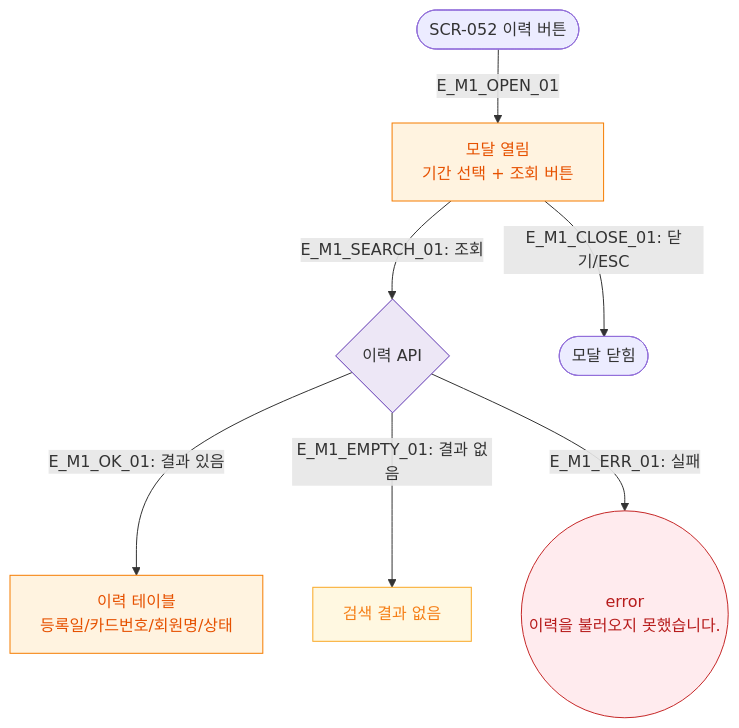
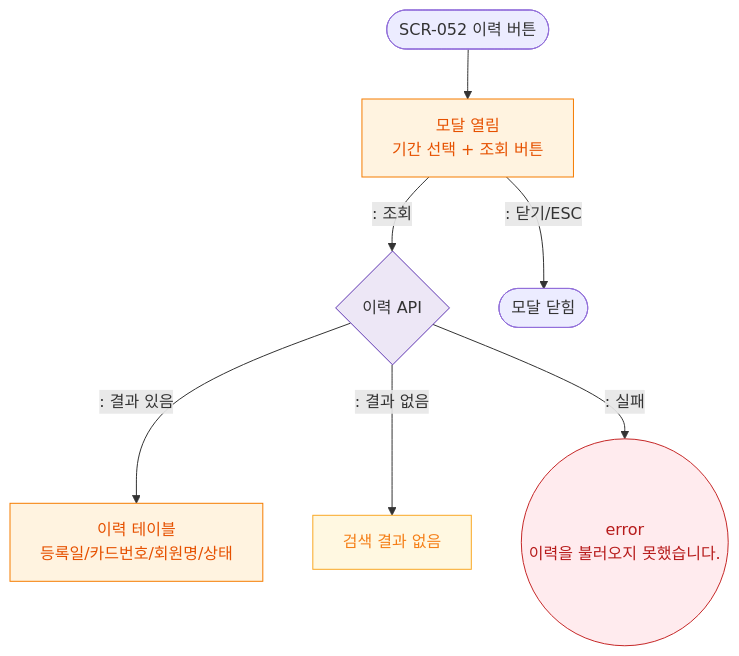
Before and after one commit to dev-spogym/admin-pando: the diagram in docs/다이어그램/D06_시설관리/DLG/DLG-052-002_RFID이력조회/M1_생명주기.md, drawn with Mermaid. The commit also changed other lines of this file and 1660 other files, not shown here.

First line of the commit message:
다이어그램: 기획자/클라이언트 납품본으로 정리

````diff
--- a/docs/다이어그램/D06_시설관리/DLG/DLG-052-002_RFID이력조회/M1_생명주기.md
+++ b/docs/다이어그램/D06_시설관리/DLG/DLG-052-002_RFID이력조회/M1_생명주기.md
@@ -16,18 +14,18 @@
 ```mermaid
 flowchart TD
-    TRIGGER([SCR-052 이력 버튼]) -->|E_M1_OPEN_01| OPEN[모달 열림\n기간 선택 + 조회 버튼]
-    OPEN -->|"E_M1_SEARCH_01: 조회"| SearchAPI{이력 API}
-    SearchAPI -->|"E_M1_OK_01: 결과 있음"| Result[이력 테이블\n등록일/카드번호/회원명/상태]
-    SearchAPI -->|"E_M1_EMPTY_01: 결과 없음"| Empty[검색 결과 없음]
-    SearchAPI -->|"E_M1_ERR_01: 실패"| ErrToast((error\n이력을 불러오지 못했습니다.))
-    OPEN -->|"E_M1_CLOSE_01: 닫기/ESC"| CLOSED([모달 닫힘])
+    TRIGGER([SCR-052 이력 버튼]) --> OPEN[모달 열림\n기간 선택 + 조회 버튼]
+    OPEN -->|": 조회"|SearchAPI{이력 API}
+    SearchAPI -->|": 결과 있음"|Result[이력 테이블\n등록일/카드번호/회원명/상태]
+    SearchAPI -->|": 결과 없음"|Empty[검색 결과 없음]
+    SearchAPI -->|": 실패"|ErrToast((error\n이력을 불러오지 못했습니다.))
+    OPEN -->|": 닫기/ESC"|CLOSED([모달 닫힘])
 
     classDef modal fill:#FFF3E0,stroke:#F57C00,color:#E65100
     classDef warning fill:#FFF8E1,stroke:#F9A825,color:#F57F17
     classDef error fill:#FFEBEE,stroke:#C62828,color:#B71C1C
     classDef system fill:#EDE7F6,stroke:#5E35B2
     class OPEN,Result modal
     class Empty warning
     class ErrToast error
     class SearchAPI system
 ```
````
